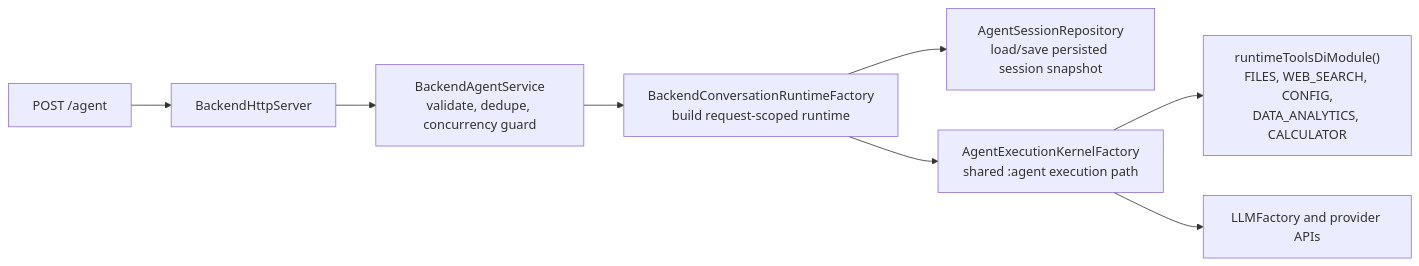
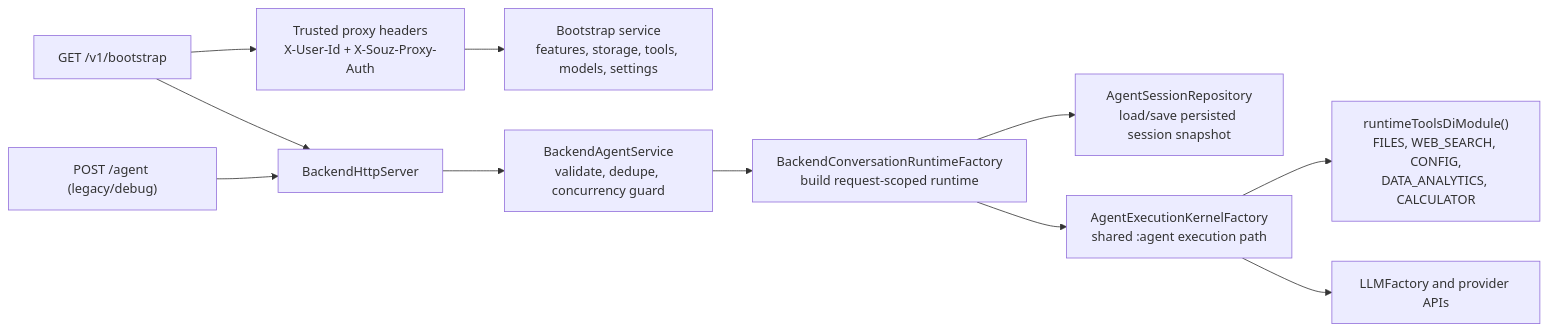
Before and after one commit to D00mch/souz: the diagram in AGENTS.md, drawn with Mermaid. The commit also changed other lines of this file and 18 other files, not shown here.

````diff
--- a/AGENTS.md
+++ b/AGENTS.md
@@ -65,10 +65,13 @@
 ```mermaid
 flowchart LR
-    request["POST /agent"] --> http["BackendHttpServer"]
+    bootstrap["GET /v1/bootstrap"] --> http["BackendHttpServer"]
+    bootstrap --> security["Trusted proxy headers\nX-User-Id + X-Souz-Proxy-Auth"]
+    security --> meta["Bootstrap service\nfeatures, storage, tools, models, settings"]
+    legacy["POST /agent (legacy/debug)"] --> http
     http --> service["BackendAgentService\nvalidate, dedupe, concurrency guard"]
     service --> runtime["BackendConversationRuntimeFactory\nbuild request-scoped runtime"]
     runtime --> repo["AgentSessionRepository\nload/save persisted session snapshot"]
     runtime --> kernel["AgentExecutionKernelFactory\nshared :agent execution path"]
     kernel --> tools["runtimeToolsDiModule()\nFILES, WEB_SEARCH, CONFIG,\nDATA_ANALYTICS, CALCULATOR"]
     kernel --> llm["LLMFactory and provider APIs"]
 ```
````
